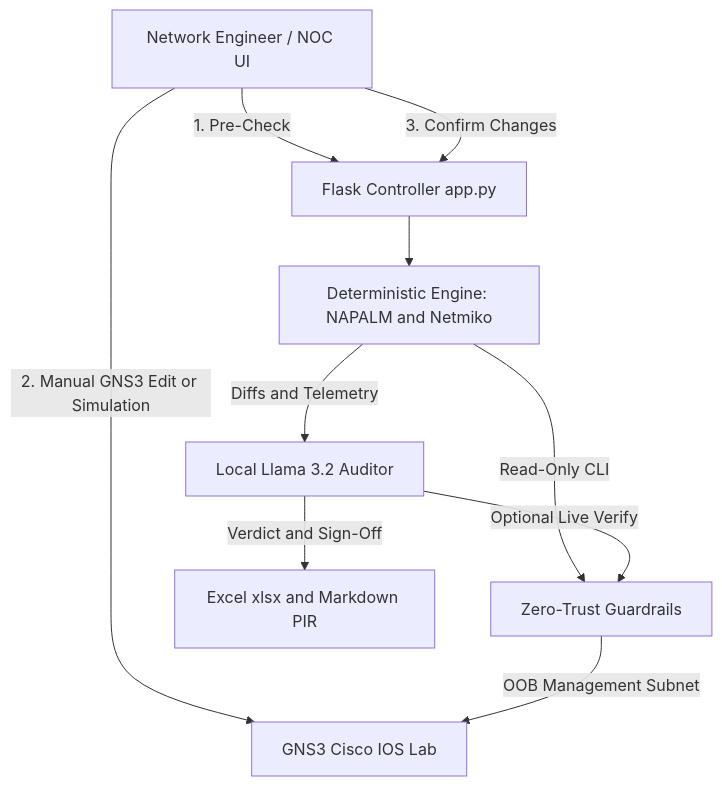
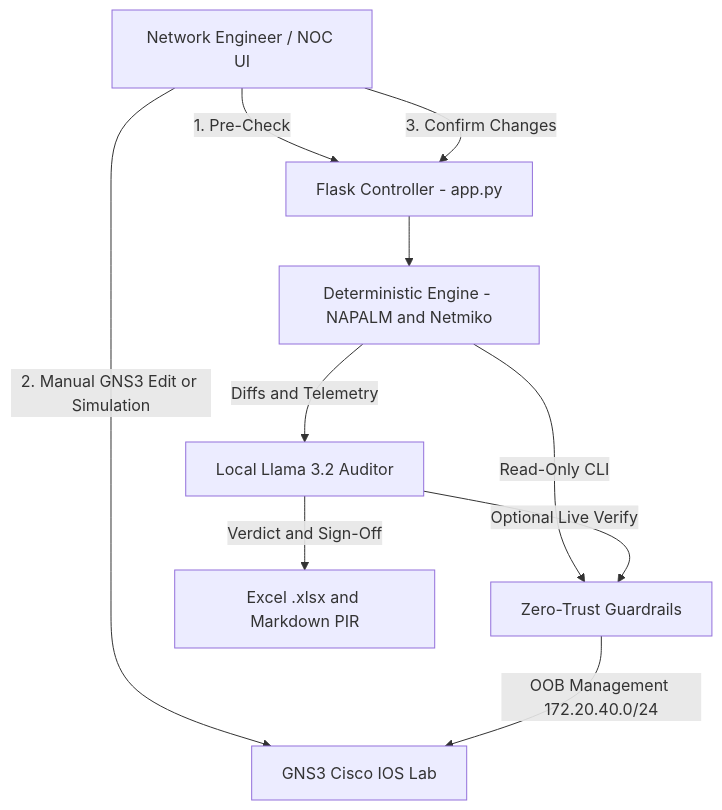
One commit to shahkh-eng/netops-ai-mop-auditor changed the diagram in README.md. Above: the diagram before and after it, drawn with Mermaid.

````diff
--- a/README.md
+++ b/README.md
@@ -44,14 +44,14 @@
 ```mermaid
 flowchart TD
-    A[Network Engineer / NOC UI] -->|1. Pre-Check| B[Flask Controller app.py]
-    A -->|2. Manual GNS3 Edit or Simulation| C[GNS3 Cisco IOS Lab]
-    A -->|3. Confirm Changes| B
+    A["Network Engineer / NOC UI"] -->|"1. Pre-Check"| B["Flask Controller - app.py"]
+    A -->|"2. Manual GNS3 Edit or Simulation"| C["GNS3 Cisco IOS Lab"]
+    A -->|"3. Confirm Changes"| B
 
-    B --> D[Deterministic Engine: NAPALM and Netmiko]
-    D -->|Read-Only CLI| E[Zero-Trust Guardrails]
-    E -->|OOB Management Subnet| C
+    B --> D["Deterministic Engine - NAPALM and Netmiko"]
+    D -->|"Read-Only CLI"| E["Zero-Trust Guardrails"]
+    E -->|"OOB Management 172.20.40.0/24"| C
 
-    D -->|Diffs and Telemetry| F[Local Llama 3.2 Auditor]
-    F -->|Optional Live Verify| E
-    F -->|Verdict and Sign-Off| G[Excel xlsx and Markdown PIR]
+    D -->|"Diffs and Telemetry"| F["Local Llama 3.2 Auditor"]
+    F -->|"Optional Live Verify"| E
+    F -->|"Verdict and Sign-Off"| G["Excel .xlsx and Markdown PIR"]
 ```
````
